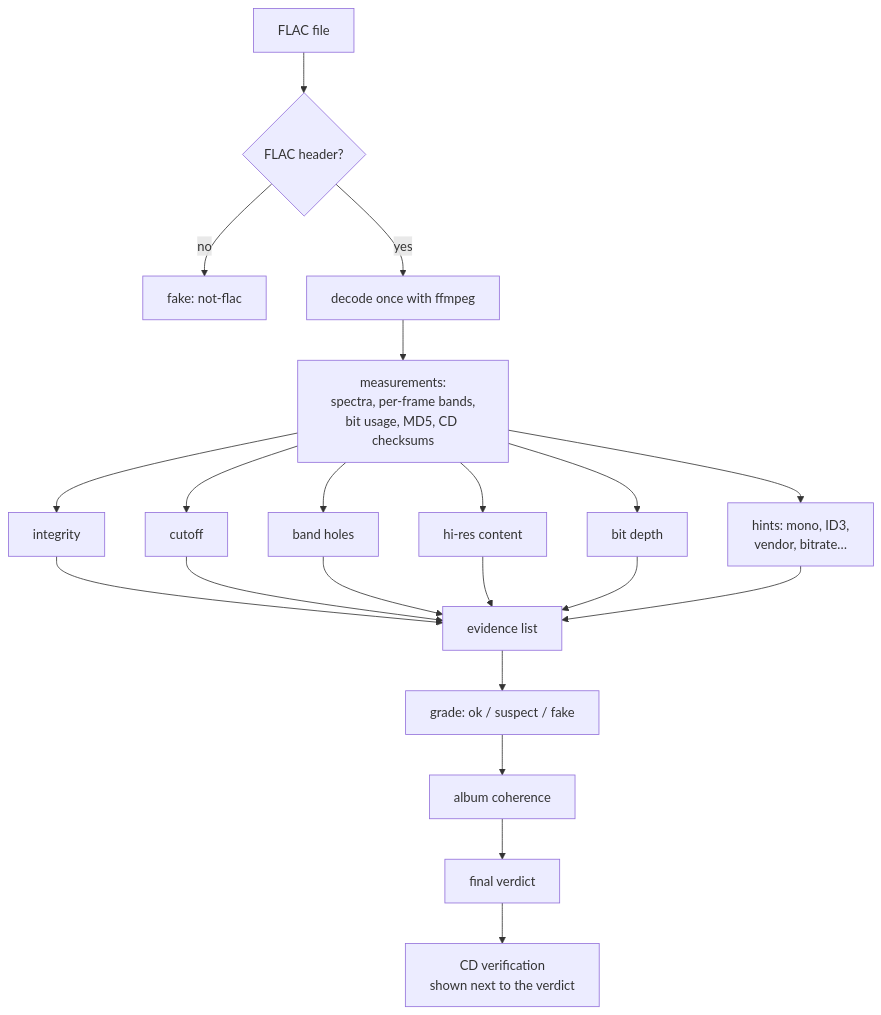
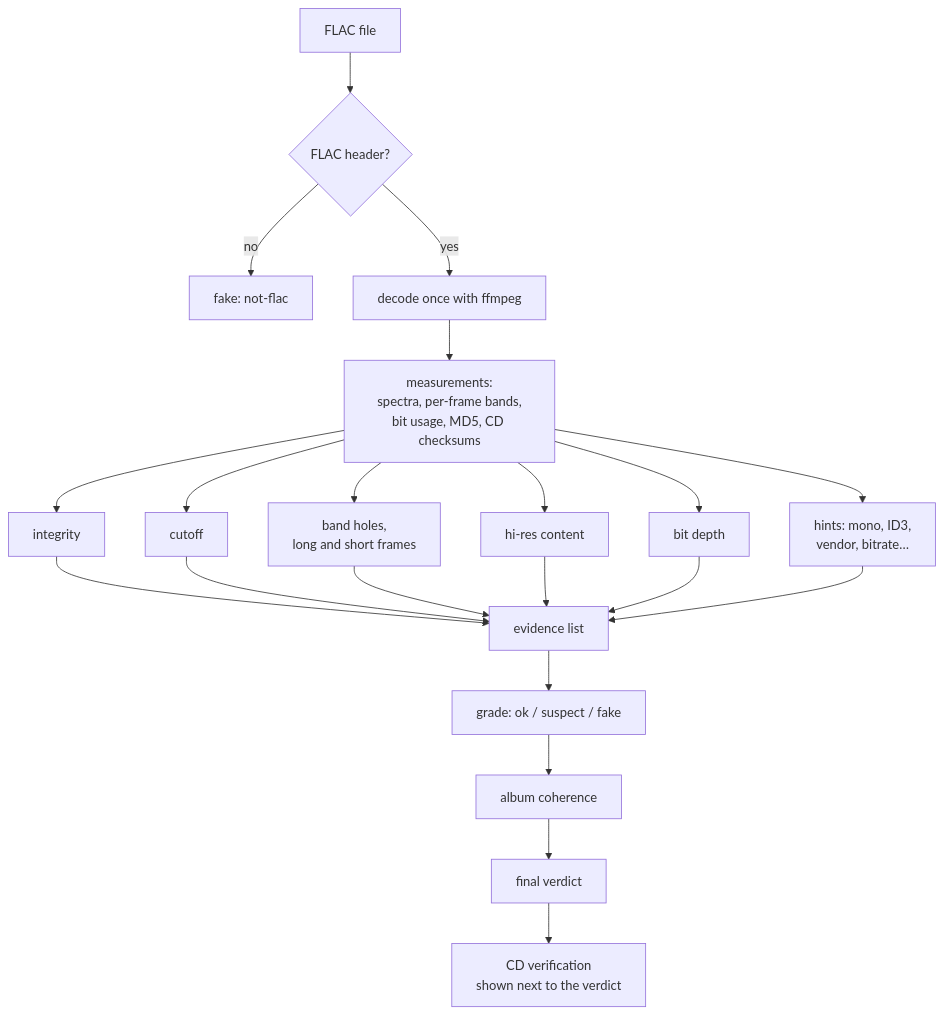
The diagram in docs/explanation/detection.md (Fede-26/flac-inquisitor), drawn with Mermaid before and after one commit. The commit also changed other lines of this file and 9 other files, not shown here.

First line of the commit message:
Look for band holes in short frames and in the side channel

````diff
--- a/docs/explanation/detection.md
+++ b/docs/explanation/detection.md
@@ -82,18 +88,18 @@
 ```mermaid
 flowchart TD
     F[FLAC file] --> H{FLAC header?}
     H -- no --> NF[fake: not-flac]
     H -- yes --> D[decode once with ffmpeg]
     D --> M[measurements:<br/>spectra, per-frame bands,<br/>bit usage, MD5, CD checksums]
     M --> C1[integrity]
     M --> C2[cutoff]
-    M --> C3[band holes]
+    M --> C3[band holes,<br/>long and short frames]
     M --> C4[hi-res content]
     M --> C5[bit depth]
     M --> C6[hints: mono, ID3,<br/>vendor, bitrate…]
     C1 & C2 & C3 & C4 & C5 & C6 --> E[evidence list]
     E --> G[grade: ok / suspect / fake]
     G --> A[album coherence]
     A --> V[final verdict]
     V --> CD[CD verification<br/>shown next to the verdict]
 ```
````
